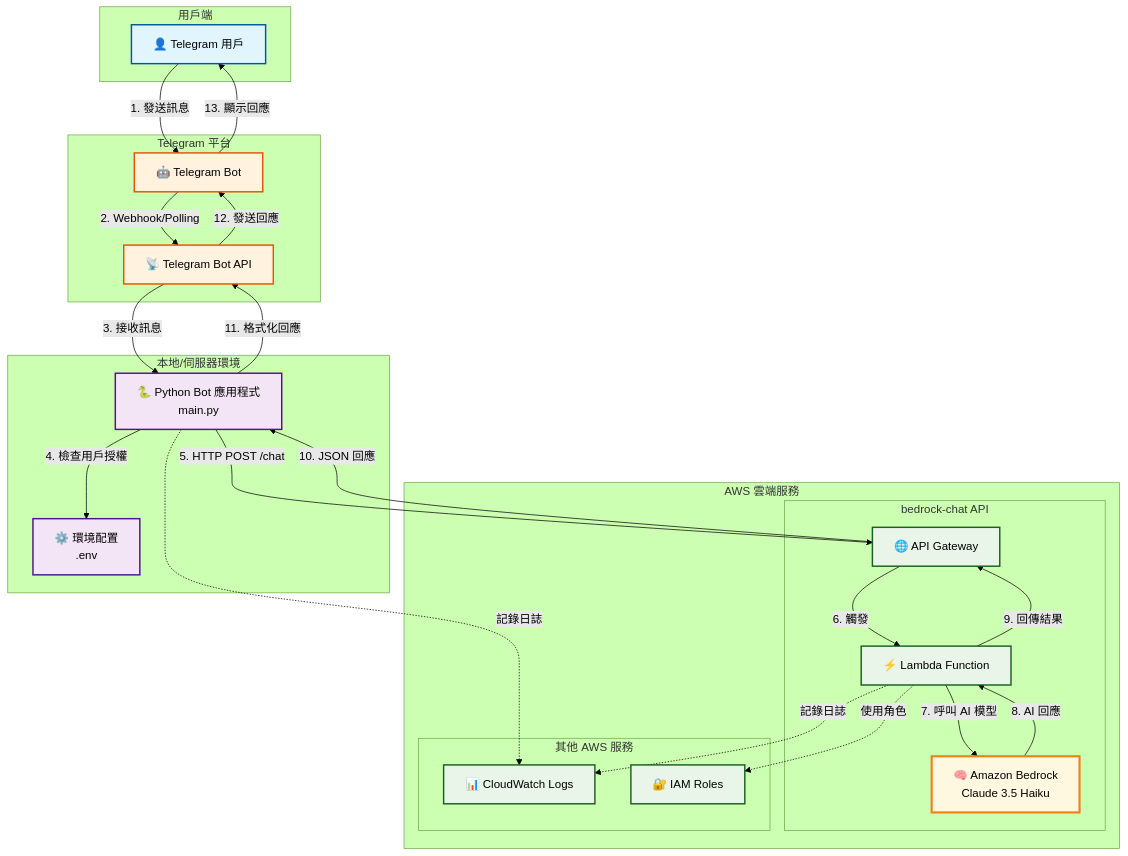
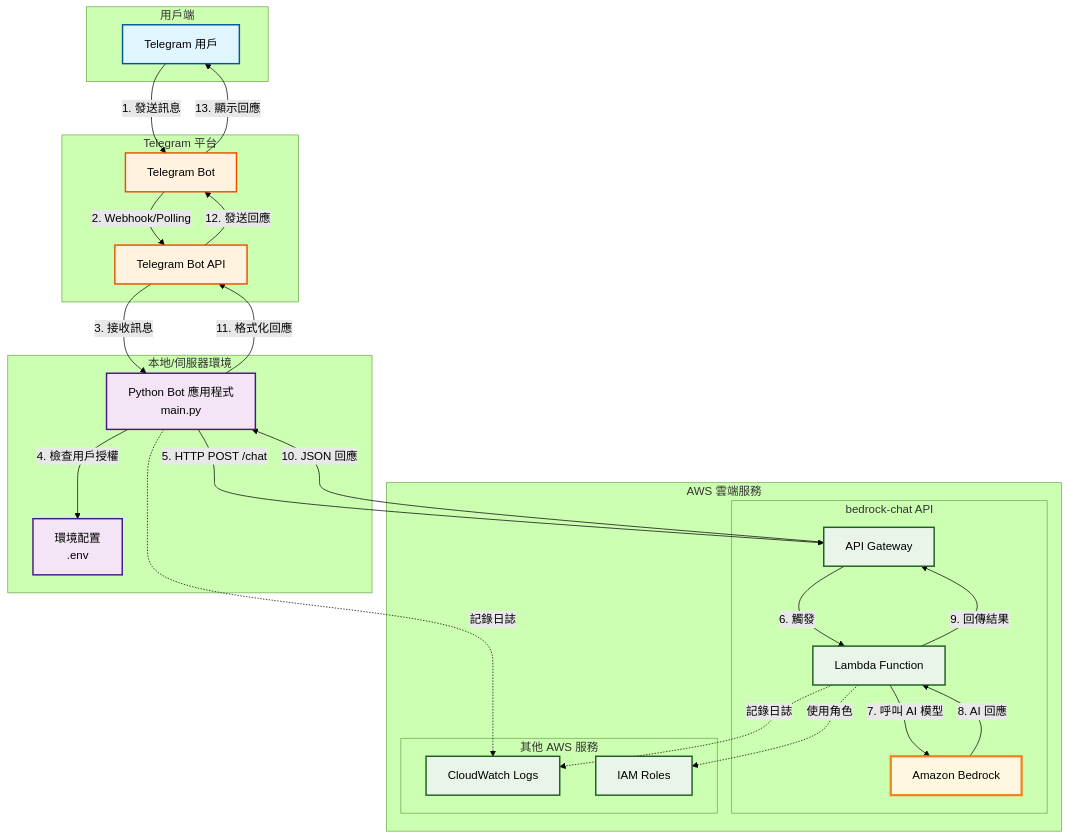
The diagram in README.md (hoycdanny/amazon-bedrock-chat-telegram), drawn with Mermaid (forest theme) before and after one commit. The commit also changed other lines of this file, not shown here.

````diff
--- a/README.md
+++ b/README.md
@@ -22,70 +22,70 @@
 ```mermaid
 graph TB
     subgraph "用戶端"
-        U[👤 Telegram 用戶]
+        U[Telegram 用戶]
     end
     
     subgraph "Telegram 平台"
-        TB[🤖 Telegram Bot]
-        TBA[📡 Telegram Bot API]
+        TB[Telegram Bot]
+        TBA[Telegram Bot API]
     end
     
     subgraph "本地/伺服器環境"
-        APP[🐍 Python Bot 應用程式<br/>main.py]
-        CONFIG[⚙️ 環境配置<br/>.env]
+        APP[ Python Bot 應用程式<br/>main.py]
+        CONFIG[ 環境配置<br/>.env]
     end
     
     subgraph "AWS 雲端服務"
         subgraph "bedrock-chat API"
-            APIGW[🌐 API Gateway]
-            LAMBDA[⚡ Lambda Function]
-            BEDROCK[🧠 Amazon Bedrock<br/>Claude 3.5 Haiku]
+            APIGW[API Gateway]
+            LAMBDA[Lambda Function]
+            BEDROCK[Amazon Bedrock]
         end
         
         subgraph "其他 AWS 服務"
-            LOGS[📊 CloudWatch Logs]
-            IAM[🔐 IAM Roles]
+            LOGS[CloudWatch Logs]
+            IAM[IAM Roles]
         end
     end
     
     %% 用戶互動流程
     U -->|1. 發送訊息| TB
     TB -->|2. Webhook/Polling| TBA
     TBA -->|3. 接收訊息| APP
     
     %% 授權檢查
     APP -->|4. 檢查用戶授權| CONFIG
     
     %% API 呼叫流程
     APP -->|5. HTTP POST /chat| APIGW
     APIGW -->|6. 觸發| LAMBDA
     LAMBDA -->|7. 呼叫 AI 模型| BEDROCK
     BEDROCK -->|8. AI 回應| LAMBDA
     LAMBDA -->|9. 回傳結果| APIGW
     APIGW -->|10. JSON 回應| APP
     
     %% 回應用戶
     APP -->|11. 格式化回應| TBA
     TBA -->|12. 發送回應| TB
     TB -->|13. 顯示回應| U
     
     %% 日誌記錄
     APP -.->|記錄日誌| LOGS
     LAMBDA -.->|記錄日誌| LOGS
     
     %% 權限管理
     LAMBDA -.->|使用角色| IAM
     
     %% 樣式設定
     classDef userClass fill:#e1f5fe,stroke:#01579b,stroke-width:2px
     classDef telegramClass fill:#fff3e0,stroke:#e65100,stroke-width:2px
     classDef appClass fill:#f3e5f5,stroke:#4a148c,stroke-width:2px
     classDef awsClass fill:#e8f5e8,stroke:#1b5e20,stroke-width:2px
     classDef aiClass fill:#fff8e1,stroke:#f57f17,stroke-width:3px
     
     class U userClass
     class TB,TBA telegramClass
     class APP,CONFIG appClass
     class APIGW,LAMBDA,LOGS,IAM awsClass
     class BEDROCK aiClass
 ```
````
